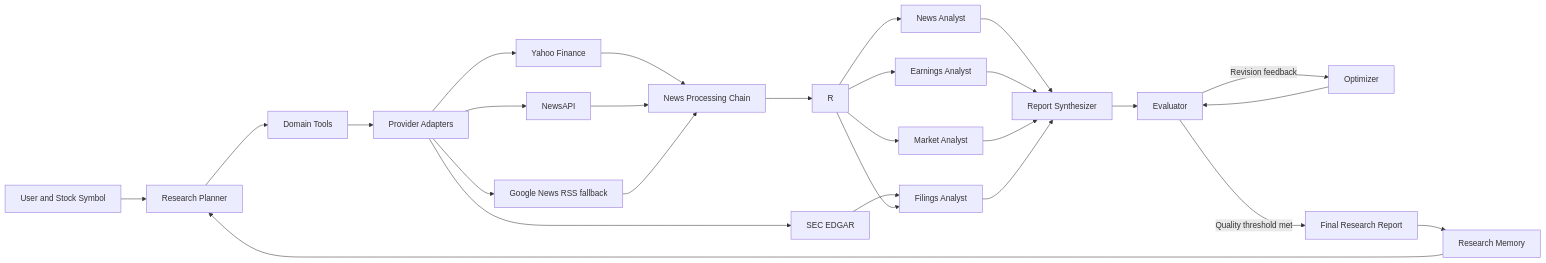
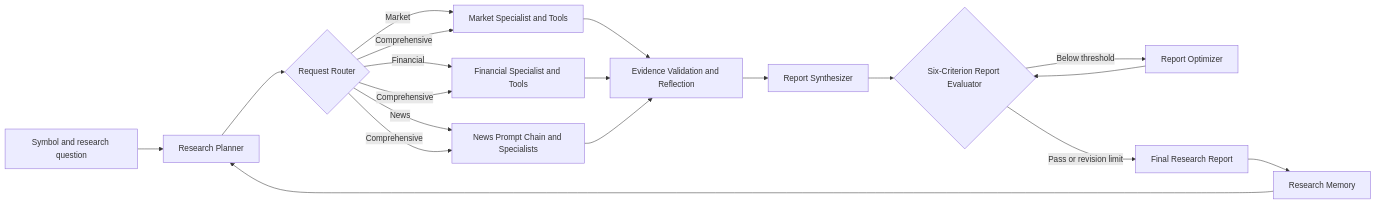
One commit to bwirgau-usd/AAI-520-final-project-multi-agent-financial-analysis changed the diagram in README.md. Above: the diagram before and after it, drawn with Mermaid. The commit also changed other lines of this file and 31 other files, not shown here.

First line of the commit message:
MAFA-19: complete LangGraph financial research workflow

````diff
--- a/README.md
+++ b/README.md
@@ -59,29 +59,21 @@
 ```mermaid
 flowchart LR
-    U[User and Stock Symbol] --> P[Research Planner]
-    P --> T[Domain Tools]
-    T --> A[Provider Adapters]
-    A --> Y[Yahoo Finance]
-    A --> X[SEC EDGAR]
-    A --> Q[NewsAPI]
-    A --> G[Google News RSS fallback]
-    Y --> C[News Processing Chain]
-    Q --> C
-    G --> C
-    X --> F[Filings Evidence]
-    C --> R
-    R --> N[News Analyst]
-    R --> E[Earnings Analyst]
-    R --> M[Market Analyst]
-    R --> F[Filings Analyst]
-    N --> S[Report Synthesizer]
-    E --> S
-    M --> S
-    F --> S
-    S --> V[Evaluator]
-    V -->|Revision feedback| O[Optimizer]
+    U[Symbol and research question] --> P[Research Planner]
+    P --> R{Request Router}
+    R -->|Market| M[Market Specialist and Tools]
+    R -->|Financial| F[Financial Specialist and Tools]
+    R -->|News| N[News Prompt Chain and Specialists]
+    R -->|Comprehensive| M
+    R -->|Comprehensive| F
+    R -->|Comprehensive| N
+    M --> E[Evidence Validation and Reflection]
+    F --> E
+    N --> E
+    E --> S[Report Synthesizer]
+    S --> V{Six-Criterion Report Evaluator}
+    V -->|Below threshold| O[Report Optimizer]
     O --> V
-    V -->|Quality threshold met| D[Final Research Report]
+    V -->|Pass or revision limit| D[Final Research Report]
     D --> L[Research Memory]
     L --> P
 ```
````
